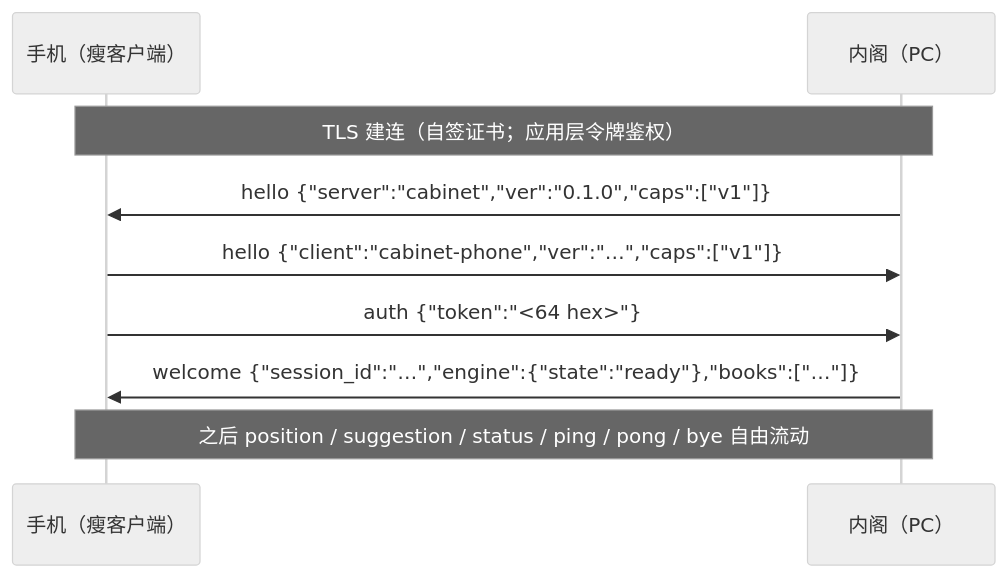
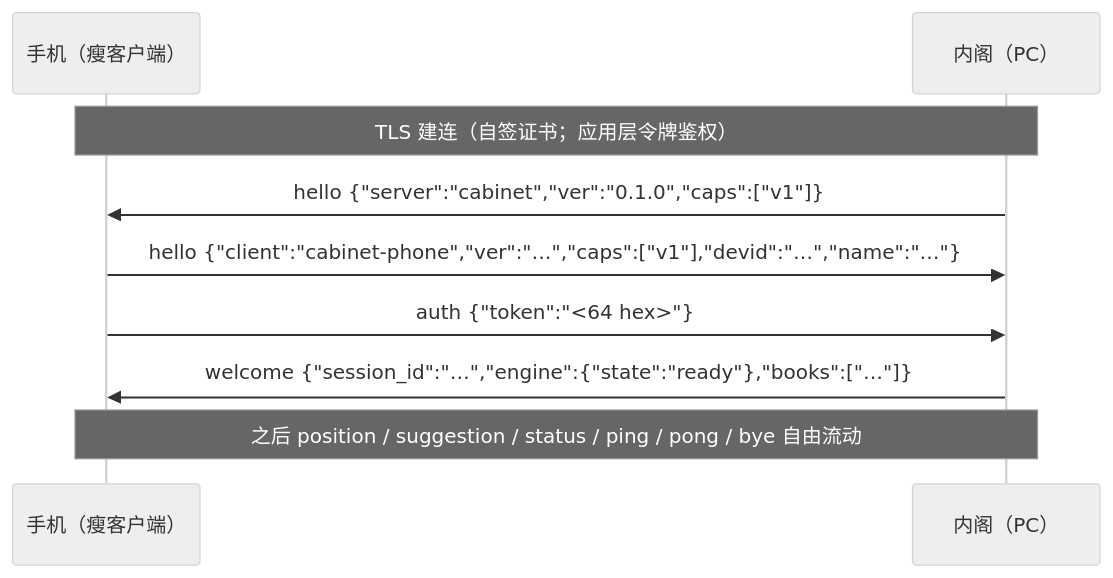
The diagram in docs/protocol-v1.md (Silva6c/cabinet), drawn with Mermaid (neutral theme) before and after one commit. The commit also changed other lines of this file and 10 other files, not shown here.

````diff
--- a/docs/protocol-v1.md
+++ b/docs/protocol-v1.md
@@ -36,11 +36,11 @@
 ```mermaid
 sequenceDiagram
     participant P as 手机（瘦客户端）
     participant C as 内阁（PC）
     Note over P,C: TLS 建连（自签证书；应用层令牌鉴权）
     C->>P: hello {"server":"cabinet","ver":"0.1.0","caps":["v1"]}
-    P->>C: hello {"client":"cabinet-phone","ver":"…","caps":["v1"]}
+    P->>C: hello {"client":"cabinet-phone","ver":"…","caps":["v1"],"devid":"…","name":"…"}
     P->>C: auth {"token":"<64 hex>"}
     C->>P: welcome {"session_id":"…","engine":{"state":"ready"},"books":["…"]}
     Note over P,C: 之后 position / suggestion / status / ping / pong / bye 自由流动
 ```
````
